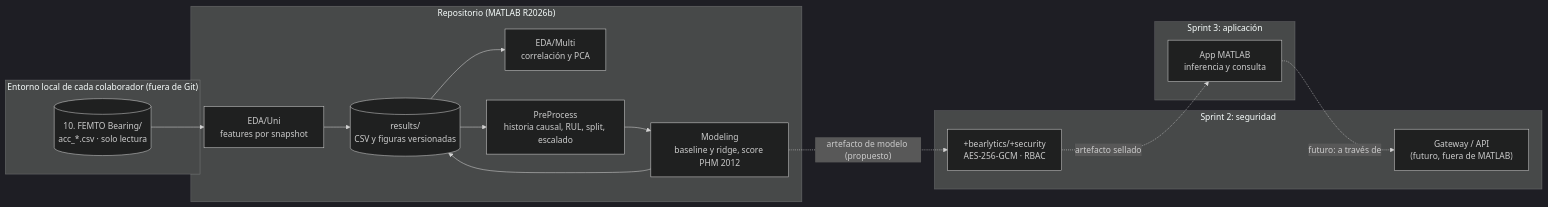
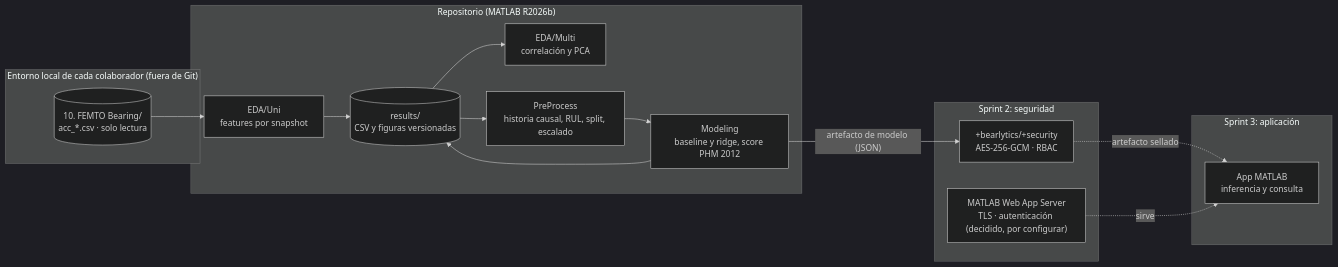
The diagram in docs/arquitectura.md (JustEswick/Bearlytics), drawn with Mermaid (dark theme) before and after one commit. The commit also changed other lines of this file and 10 other files, not shown here.

First line of the commit message:
feat(modeling): exporta el modelo ridge como artefacto versionado (#13)

````diff
--- a/docs/arquitectura.md
+++ b/docs/arquitectura.md
@@ -56,30 +56,30 @@
 ```mermaid
 flowchart LR
     subgraph local["Entorno local de cada colaborador (fuera de Git)"]
         DS[("10. FEMTO Bearing/<br/>acc_*.csv · solo lectura")]
     end
 
     subgraph repo["Repositorio (MATLAB R2026b)"]
         UNI["EDA/Uni<br/>features por snapshot"]
         MULTI["EDA/Multi<br/>correlación y PCA"]
         PRE["PreProcess<br/>historia causal, RUL, split, escalado"]
         MOD["Modeling<br/>baseline y ridge, score PHM 2012"]
         RES[("results/<br/>CSV y figuras versionadas")]
     end
 
     subgraph sec["Sprint 2: seguridad"]
         SEAL["+bearlytics/+security<br/>AES-256-GCM · RBAC"]
-        GW["Gateway / API<br/>(futuro, fuera de MATLAB)"]
+        GW["MATLAB Web App Server<br/>TLS · autenticación (decidido, por configurar)"]
     end
 
     subgraph app["Sprint 3: aplicación"]
         APP["App MATLAB<br/>inferencia y consulta"]
     end
 
     DS --> UNI --> RES
     RES --> MULTI
     RES --> PRE --> MOD --> RES
-    MOD -. "artefacto de modelo (propuesto)" .-> SEAL
+    MOD -- "artefacto de modelo (JSON)" --> SEAL
     SEAL -. "artefacto sellado" .-> APP
-    APP -. "futuro: a través de" .-> GW
+    GW -. "sirve" .-> APP
 ```
````
